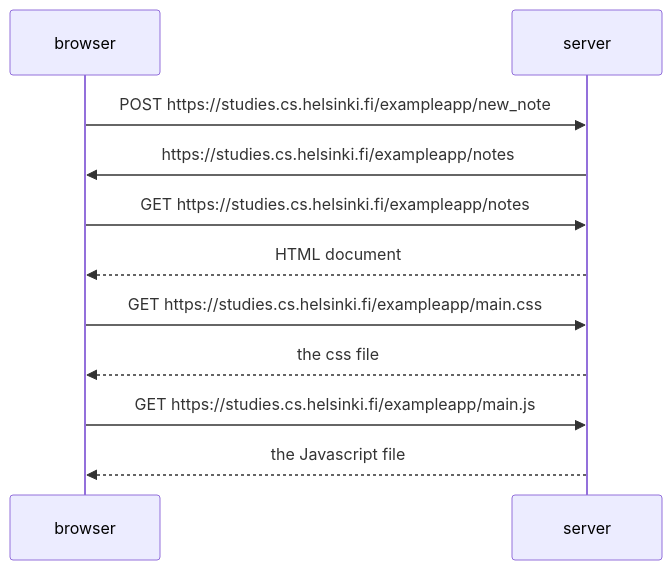
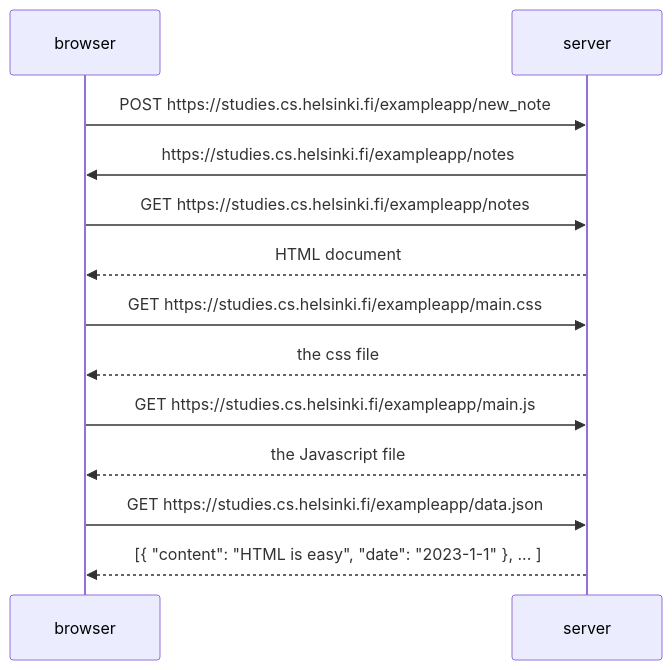
One commit to oytundd/fullstackopen changed the diagram in New-Note-Diagram.md. Above: the diagram before and after it, drawn with Mermaid.

````diff
--- a/New-Note-Diagram.md
+++ b/New-Note-Diagram.md
@@ -1,13 +1,15 @@
 ```mermaid
   sequenceDiagram
       participant browser
       participant server
       browser->>server: POST https://studies.cs.helsinki.fi/exampleapp/new_note
       server ->>browser : https://studies.cs.helsinki.fi/exampleapp/notes
       browser->>server: GET https://studies.cs.helsinki.fi/exampleapp/notes
       server-->>browser: HTML document
       browser->>server: GET https://studies.cs.helsinki.fi/exampleapp/main.css
       server-->>browser: the css file
       browser->>server: GET https://studies.cs.helsinki.fi/exampleapp/main.js
       server-->>browser: the Javascript file
+      browser->>server: GET https://studies.cs.helsinki.fi/exampleapp/data.json
+      server-->>browser: [{ "content": "HTML is easy", "date": "2023-1-1" }, ... ]
 ```
````
